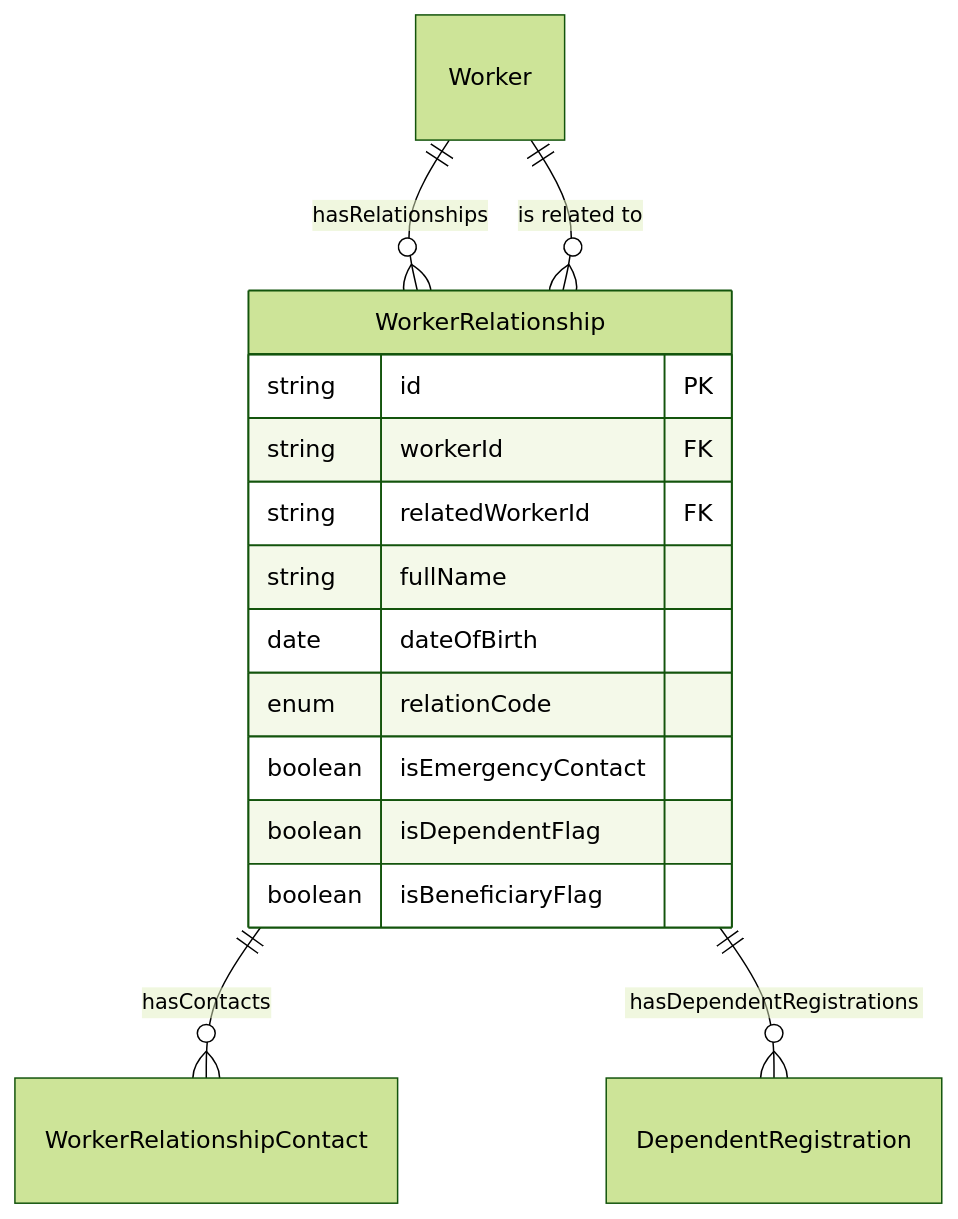
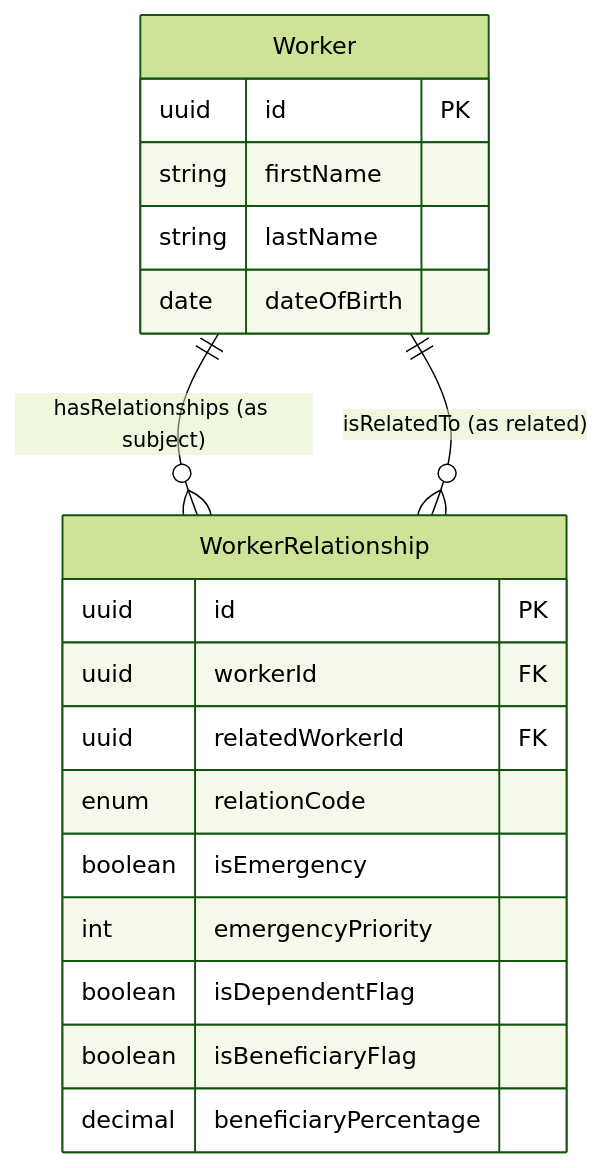
One commit to a4b-corporation/xTalent changed the second of 5 diagrams in docs/01-modules/CO/00-new/02.ontology/person/worker-relationship.onto.md. Above: the diagram before and after it, drawn with Mermaid (forest theme). The commit also changed other lines of this file and 6 other files, not shown here.

````diff
--- a/docs/01-modules/CO/00-new/02.ontology/person/worker-relationship.onto.md
+++ b/docs/01-modules/CO/00-new/02.ontology/person/worker-relationship.onto.md
@@ -367,19 +380,24 @@
 ```mermaid
 erDiagram
-    Worker ||--o{ WorkerRelationship : hasRelationships
-    Worker ||--o{ WorkerRelationship : "is related to"
-    WorkerRelationship ||--o{ WorkerRelationshipContact : hasContacts
-    WorkerRelationship ||--o{ DependentRegistration : hasDependentRegistrations
+    Worker ||--o{ WorkerRelationship : "hasRelationships (as subject)"
+    Worker ||--o{ WorkerRelationship : "isRelatedTo (as related)"
     
     WorkerRelationship {
-        string id PK
-        string workerId FK
-        string relatedWorkerId FK
-        string fullName
-        date dateOfBirth
+        uuid id PK
+        uuid workerId FK
+        uuid relatedWorkerId FK
         enum relationCode
-        boolean isEmergencyContact
+        boolean isEmergency
+        int emergencyPriority
         boolean isDependentFlag
         boolean isBeneficiaryFlag
+        decimal beneficiaryPercentage
+    }
+    
+    Worker {
+        uuid id PK
+        string firstName
+        string lastName
+        date dateOfBirth
     }
 ```
````
